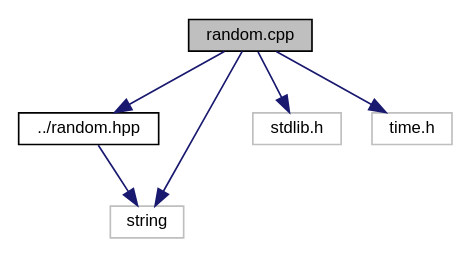
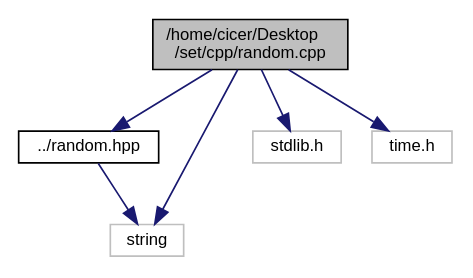
The diagram in random_8cpp__incl.dot (cicer-0/Doc_Set.github.io), drawn with Graphviz before and after one commit. The commit also changed 104 other files, not shown here.

```diff
--- a/random_8cpp__incl.dot
+++ b/random_8cpp__incl.dot
@@ -1,16 +1,16 @@
-digraph "random.cpp"
+digraph "/home/cicer/Desktop/set/cpp/random.cpp"
 {
  // LATEX_PDF_SIZE
   edge [fontname="Helvetica",fontsize="10",labelfontname="Helvetica",labelfontsize="10"];
   node [fontname="Helvetica",fontsize="10",shape=record];
-  Node1 [label="random.cpp",height=0.2,width=0.4,color="black", fillcolor="grey75", style="filled", fontcolor="black",tooltip=" "];
+  Node1 [label="/home/cicer/Desktop\l/set/cpp/random.cpp",height=0.2,width=0.4,color="black", fillcolor="grey75", style="filled", fontcolor="black",tooltip=" "];
   Node1 -> Node2 [color="midnightblue",fontsize="10",style="solid",fontname="Helvetica"];
   Node2 [label="../random.hpp",height=0.2,width=0.4,color="black", fillcolor="white", style="filled",URL="$random_8hpp.html",tooltip="Generar números aleatorios."];
   Node2 -> Node3 [color="midnightblue",fontsize="10",style="solid",fontname="Helvetica"];
   Node3 [label="string",height=0.2,width=0.4,color="grey75", fillcolor="white", style="filled",tooltip=" "];
   Node1 -> Node4 [color="midnightblue",fontsize="10",style="solid",fontname="Helvetica"];
   Node4 [label="stdlib.h",height=0.2,width=0.4,color="grey75", fillcolor="white", style="filled",tooltip=" "];
   Node1 -> Node5 [color="midnightblue",fontsize="10",style="solid",fontname="Helvetica"];
   Node5 [label="time.h",height=0.2,width=0.4,color="grey75", fillcolor="white", style="filled",tooltip=" "];
   Node1 -> Node3 [color="midnightblue",fontsize="10",style="solid",fontname="Helvetica"];
 }
```
